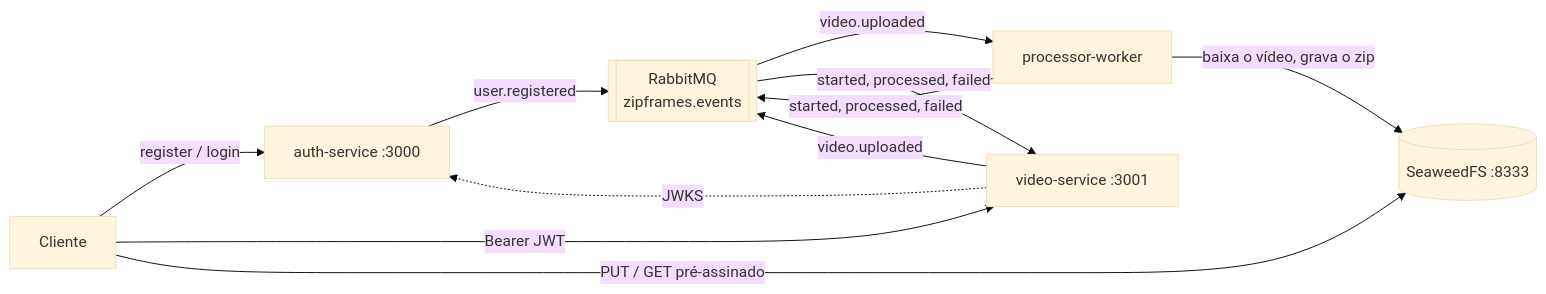
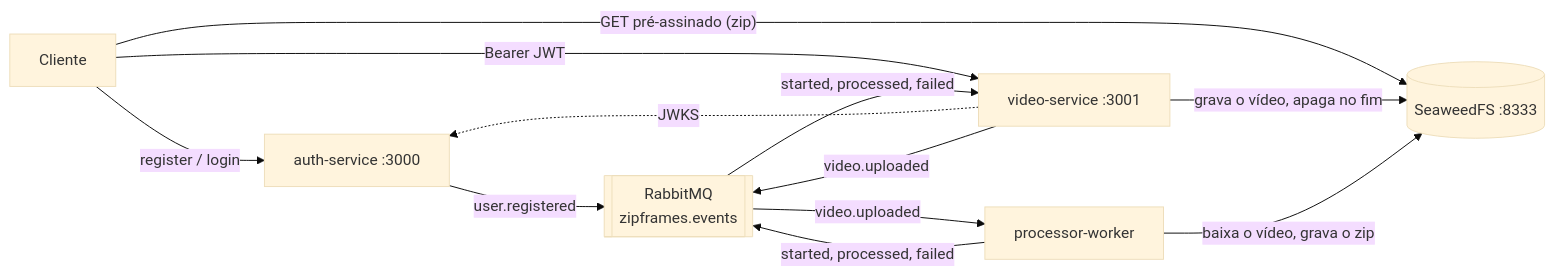
One commit to knzt/zipframes changed the diagram in README.md. Above: the diagram before and after it, drawn with Mermaid (base theme). The commit also changed other lines of this file and 10 other files, not shown here.

First line of the commit message:
docs: describe the single-upload video flow

````diff
--- a/README.md
+++ b/README.md
@@ -33,20 +33,21 @@
 ```mermaid
 flowchart LR
   client[Cliente]
   auth[auth-service :3000]
   video[video-service :3001]
   worker[processor-worker]
   storage[(SeaweedFS :8333)]
   broker[[RabbitMQ<br/>zipframes.events]]
 
   client -- "register / login" --> auth
   client -- "Bearer JWT" --> video
   video -. "JWKS" .-> auth
-  client -- "PUT / GET pré-assinado" --> storage
+  client -- "GET pré-assinado (zip)" --> storage
+  video -- "grava o vídeo, apaga no fim" --> storage
   video -- "video.uploaded" --> broker
   broker -- "video.uploaded" --> worker
   worker -- "baixa o vídeo, grava o zip" --> storage
   worker -- "started, processed, failed" --> broker
   broker -- "started, processed, failed" --> video
   auth -- "user.registered" --> broker
 ```
````
